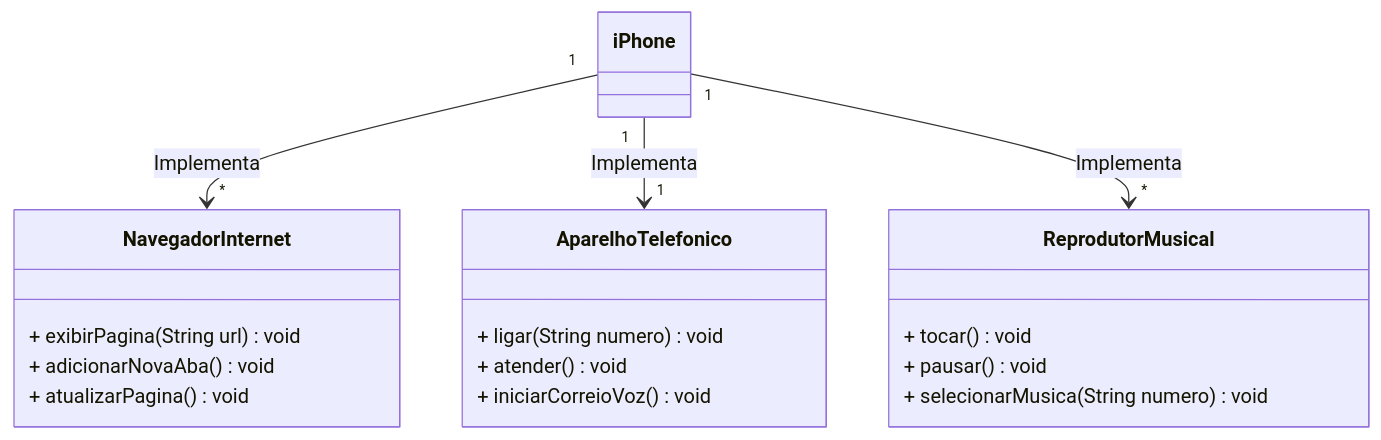
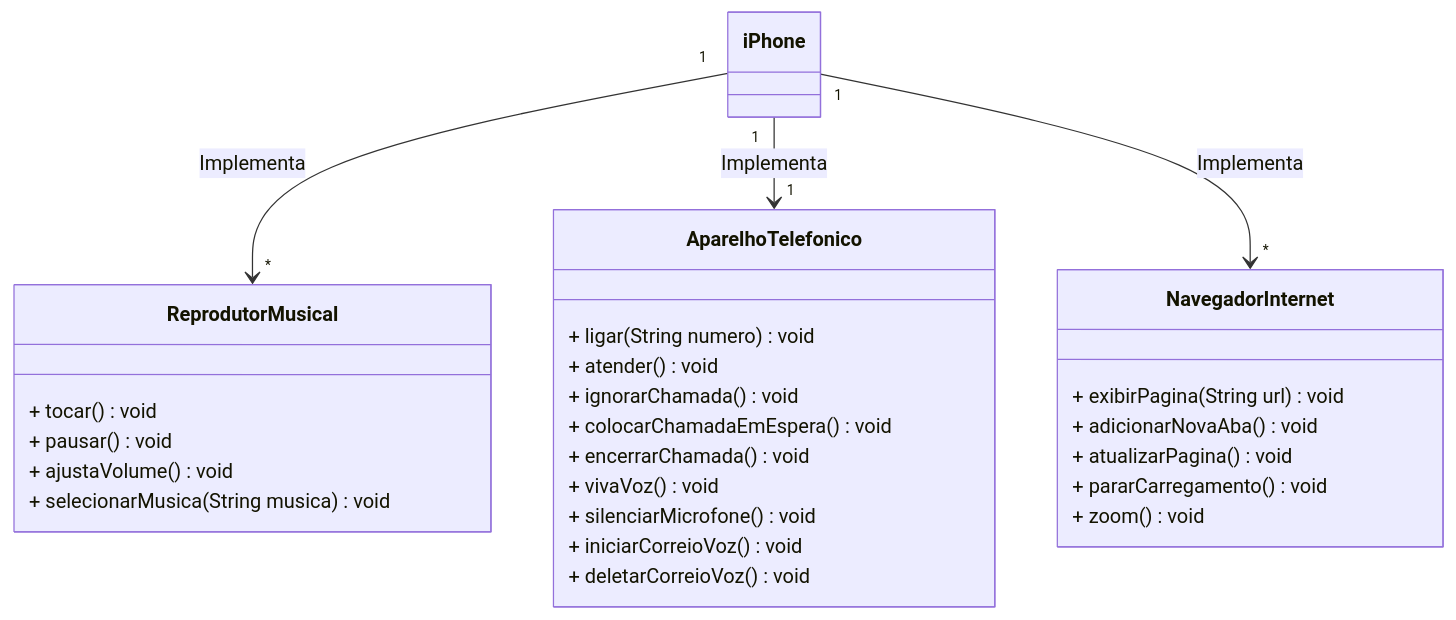
Before and after one commit to gVesco/trilha-java-basico: the diagram in desafios/poo/README.md, drawn with Mermaid. The commit also changed other lines of this file, not shown here.

Commit message:
📚 Atualiza README com solução do desafio

````diff
--- a/desafios/poo/README.md
+++ b/desafios/poo/README.md
@@ -67,27 +19,39 @@
 ```mermaid
 classDiagram
-    class ReprodutorMusical {
+   class ReprodutorMusical {
       + tocar() void
       + pausar() void
-      + selecionarMusica(String numero) void
-    }
+      + ajustaVolume() void
+      + selecionarMusica(String musica) void
+   }
 
-    class AparelhoTelefonico {
-      + ligar(String numero) void
-      + atender() void
-      + iniciarCorreioVoz() void
-    }
+   iPhone "1" --> "*" ReprodutorMusical : Implementa
 
-    class NavegadorInternet {
-      + exibirPagina(String url) void
-      + adicionarNovaAba() void
-      + atualizarPagina() void
-    }
+   class AparelhoTelefonico {
+     + ligar(String numero) void
+     + atender() void
+     + ignorarChamada() void
+     + colocarChamadaEmEspera() void 
+     + encerrarChamada() void
+     + vivaVoz() void
+     + silenciarMicrofone() void
+     + iniciarCorreioVoz() void
+     + deletarCorreioVoz() void 
+   }
 
-    class iPhone {
-    }
+   iPhone "1" --> "1" AparelhoTelefonico : Implementa
 
-iPhone "1" --> "*" NavegadorInternet : Implementa
-iPhone "1" --> "1" AparelhoTelefonico : Implementa
-iPhone "1" --> "*" ReprodutorMusical : Implementa
+   class NavegadorInternet {
+     + exibirPagina(String url) void
+     + adicionarNovaAba() void
+     + atualizarPagina() void
+     + pararCarregamento() void
+     + zoom() void
+   }
+
+   iPhone "1" --> "*" NavegadorInternet : Implementa
+
+   class iPhone {
+   }
+
 ```
````
